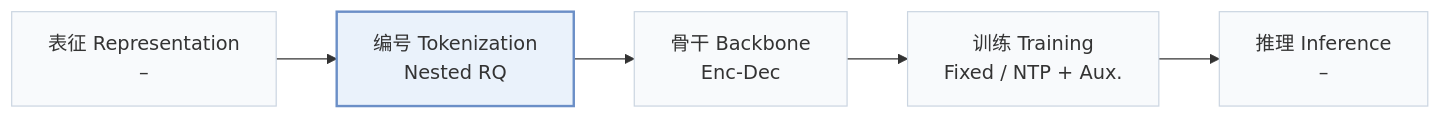
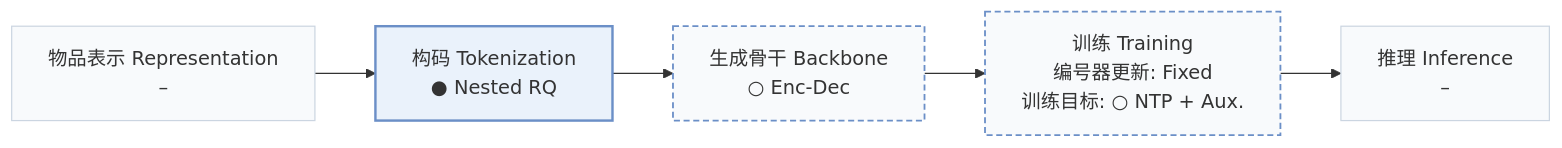
Before and after one commit to Galaxy-ghost/Awesome-SID-Generative-Rec: the first of 2 diagrams in pages/zh/papers/holorec.md, drawn with Mermaid. The commit also changed other lines of this file and 558 other files, not shown here.

````diff
--- a/pages/zh/papers/holorec.md
+++ b/pages/zh/papers/holorec.md
@@ -15,8 +18,10 @@
 ```mermaid
 flowchart LR
-    R["表征 Representation<br/>–"] --> T["编号 Tokenization<br/>Nested RQ"] --> B["骨干 Backbone<br/>Enc-Dec"] --> TR["训练 Training<br/>Fixed / NTP + Aux."] --> I["推理 Inference<br/>–"]
+    R["物品表示 Representation<br/>–"] --> T["构码 Tokenization<br/>● Nested RQ"] --> B["生成骨干 Backbone<br/>○ Enc-Dec"] --> TR["训练 Training<br/>编号器更新: Fixed<br/>训练目标: ○ NTP + Aux."] --> I["推理 Inference<br/>–"]
     classDef base fill:#f8fafc,stroke:#cbd5e1
     class R,T,B,TR,I base
+    classDef other fill:#f8fafc,stroke:#6b8fc7,stroke-width:1.5px,stroke-dasharray:5 3
+    class B,TR other
     classDef main fill:#eaf2fb,stroke:#6b8fc7,stroke-width:2px
     class T main
 ```
````
